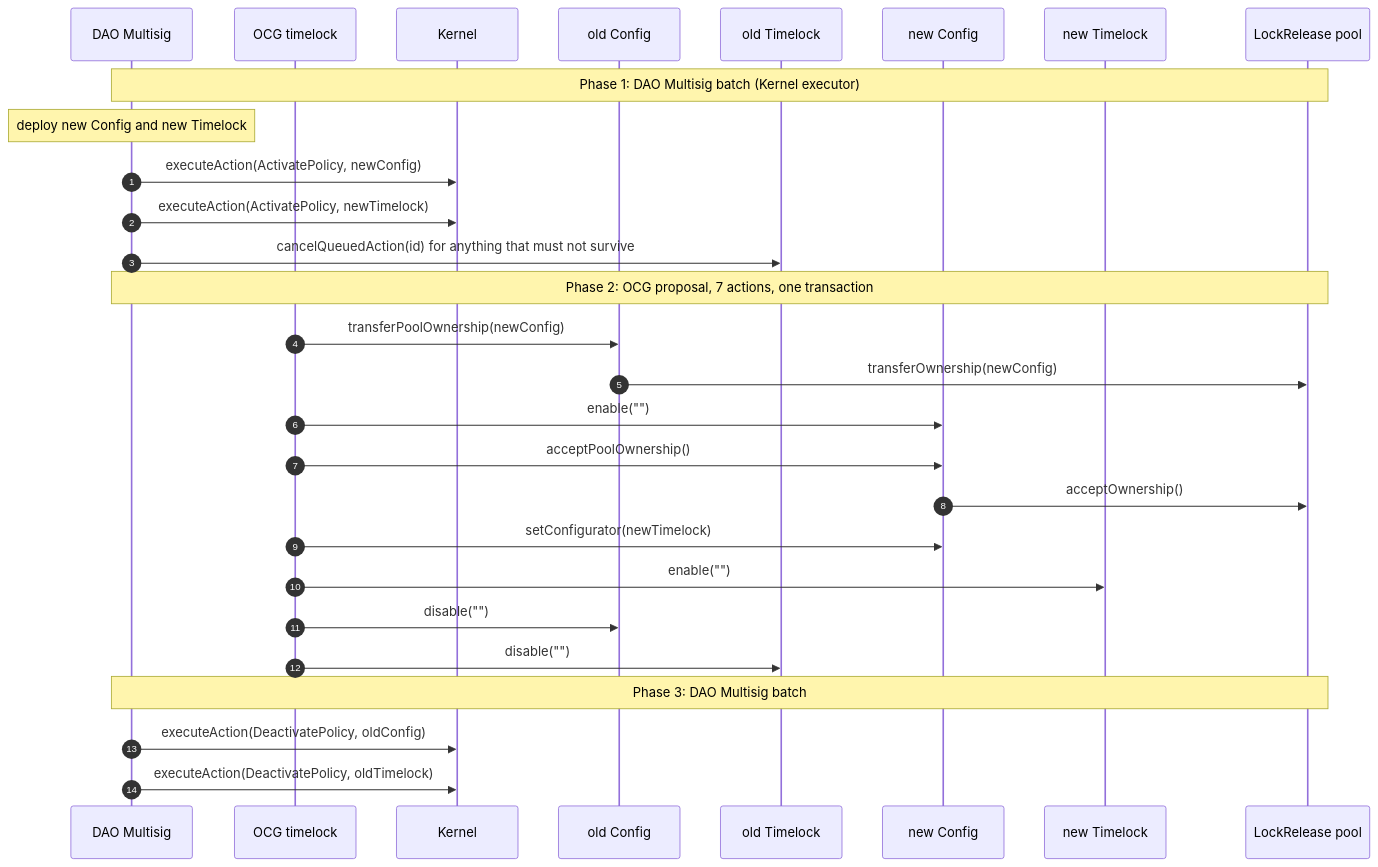
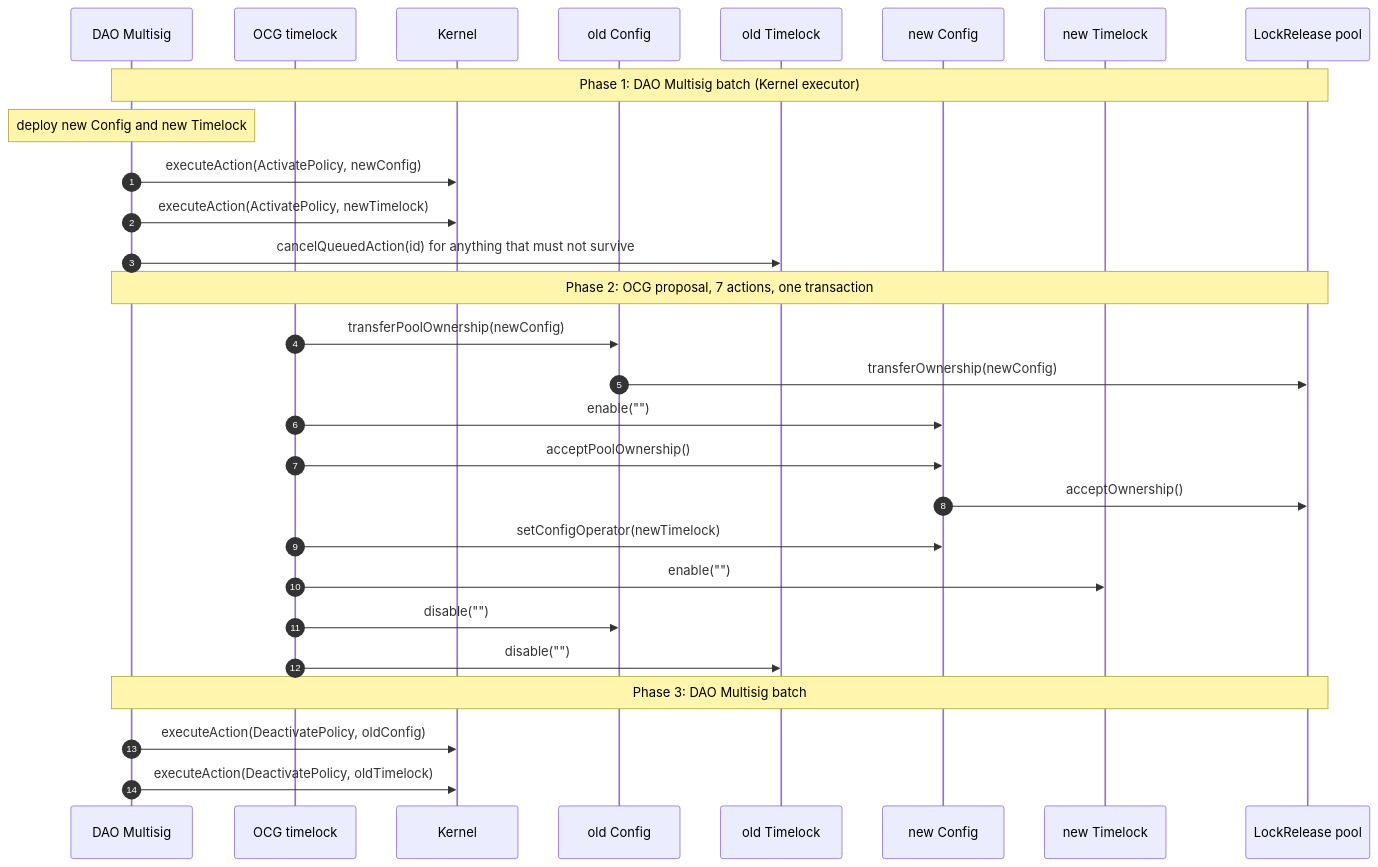
One commit to OlympusDAO/olympus-v3 changed the fourth of 7 diagrams in documentation/bridge/ccip/MIGRATION.md. Above: the diagram before and after it, drawn with Mermaid. The commit also changed other lines of this file, not shown here.

````diff
--- a/documentation/bridge/ccip/MIGRATION.md
+++ b/documentation/bridge/ccip/MIGRATION.md
@@ -22,33 +114,33 @@
 ```mermaid
 sequenceDiagram
     autonumber
     participant DAO as DAO Multisig
     participant OCG as OCG timelock
     participant K as Kernel
     participant OC as old Config
     participant OT as old Timelock
     participant NC as new Config
     participant NT as new Timelock
     participant P as LockRelease pool
 
     Note over DAO,P: Phase 1: DAO Multisig batch (Kernel executor)
     Note over DAO: deploy new Config and new Timelock
     DAO->>K: executeAction(ActivatePolicy, newConfig)
     DAO->>K: executeAction(ActivatePolicy, newTimelock)
     DAO->>OT: cancelQueuedAction(id) for anything that must not survive
 
     Note over DAO,P: Phase 2: OCG proposal, 7 actions, one transaction
     OCG->>OC: transferPoolOwnership(newConfig)
     OC->>P: transferOwnership(newConfig)
     OCG->>NC: enable("")
     OCG->>NC: acceptPoolOwnership()
     NC->>P: acceptOwnership()
-    OCG->>NC: setConfigurator(newTimelock)
+    OCG->>NC: setConfigOperator(newTimelock)
     OCG->>NT: enable("")
     OCG->>OC: disable("")
     OCG->>OT: disable("")
 
     Note over DAO,P: Phase 3: DAO Multisig batch
     DAO->>K: executeAction(DeactivatePolicy, oldConfig)
     DAO->>K: executeAction(DeactivatePolicy, oldTimelock)
 ```
````
